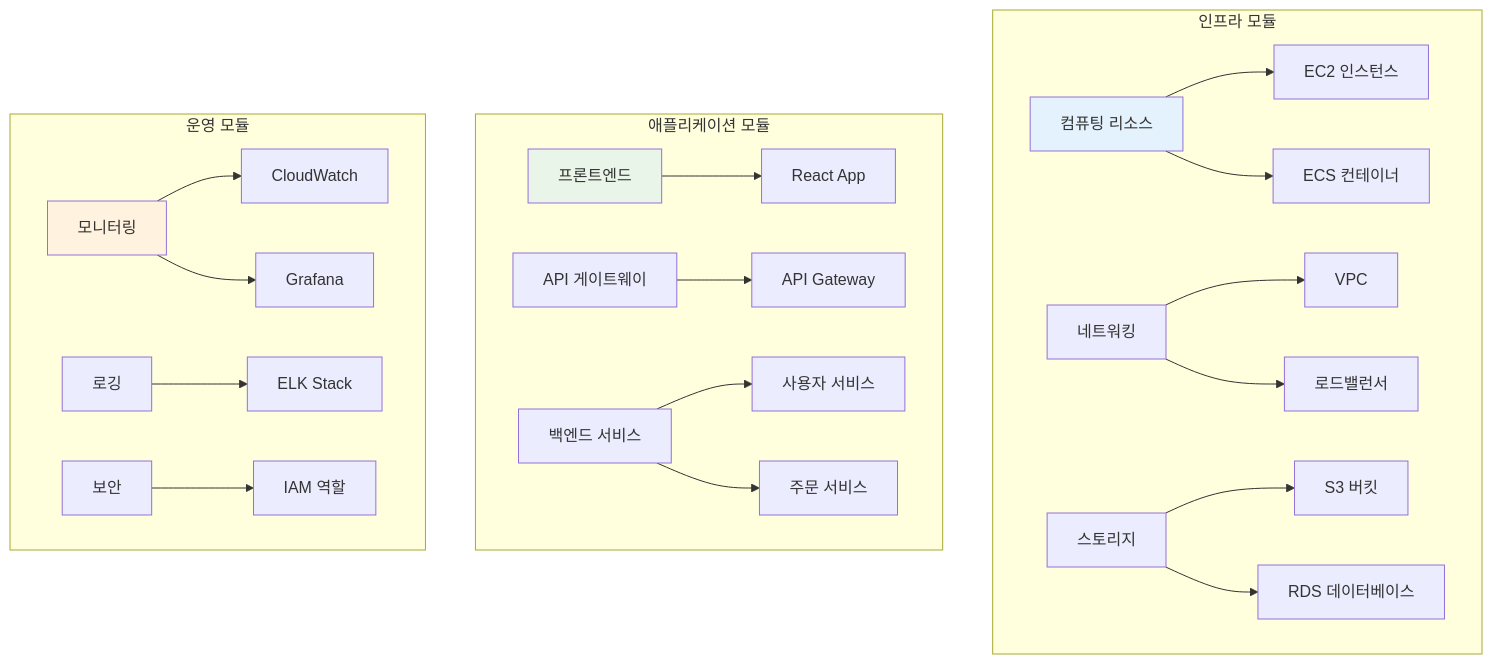
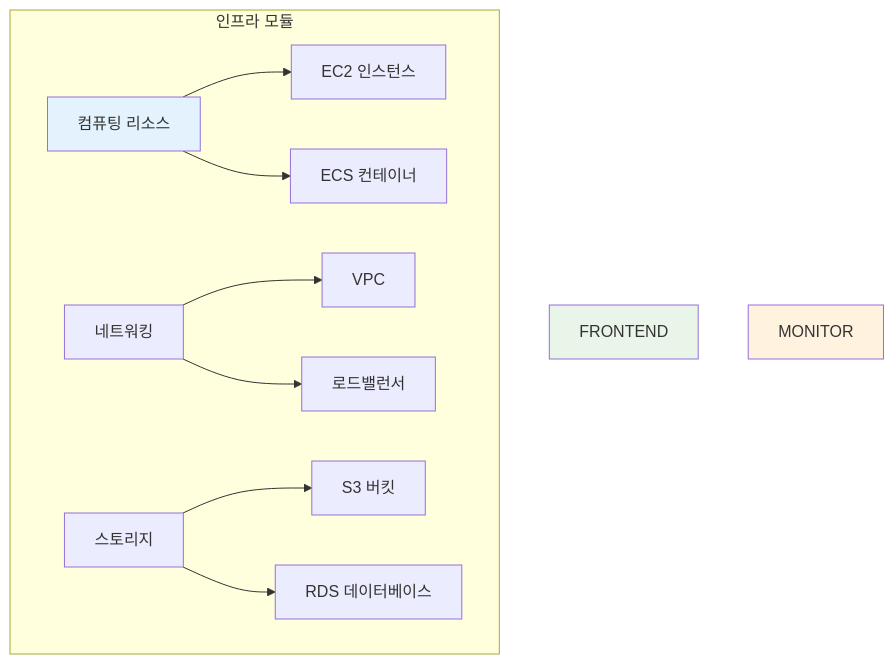
One commit to niceguy61/kdt_devops_lecture_2025 changed the seventh of 9 diagrams in theory/december/make_diagram/lecture/02_complexity_management.md. Above: the diagram before and after it, drawn with Mermaid. The commit also changed other lines of this file, not shown here.

````diff
--- a/theory/december/make_diagram/lecture/02_complexity_management.md
+++ b/theory/december/make_diagram/lecture/02_complexity_management.md
@@ -208,44 +196,21 @@
 ```mermaid
 graph TB
     subgraph "인프라 모듈"
         COMPUTE[컴퓨팅 리소스]
         NETWORK[네트워킹]
         STORAGE[스토리지]
         
         COMPUTE --> EC2[EC2 인스턴스]
         COMPUTE --> ECS[ECS 컨테이너]
         
         NETWORK --> VPC[VPC]
         NETWORK --> ALB[로드밸런서]
         
         STORAGE --> S3[S3 버킷]
         STORAGE --> RDS[RDS 데이터베이스]
     end
     
-    subgraph "애플리케이션 모듈"
-        FRONTEND[프론트엔드]
-        API[API 게이트웨이]
-        BACKEND[백엔드 서비스]
-        
-        FRONTEND --> REACT[React App]
-        API --> GATEWAY[API Gateway]
-        BACKEND --> MICRO1[사용자 서비스]
-        BACKEND --> MICRO2[주문 서비스]
-    end
-    
-    subgraph "운영 모듈"
-        MONITOR[모니터링]
-        LOGGING[로깅]
-        SECURITY[보안]
-        
-        MONITOR --> CW[CloudWatch]
-        MONITOR --> GRAFANA[Grafana]
-        
-        LOGGING --> ELK[ELK Stack]
-        SECURITY --> IAM[IAM 역할]
-    end
-    
     style COMPUTE fill:#e3f2fd
     style FRONTEND fill:#e8f5e8
     style MONITOR fill:#fff3e0
 ```
````
